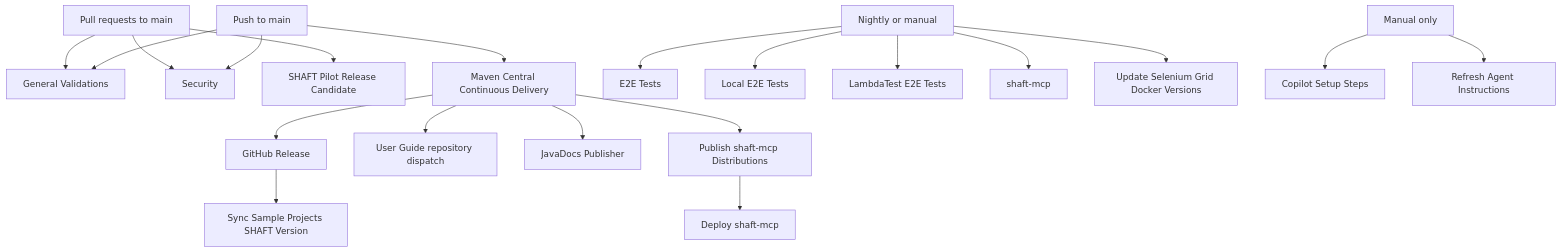
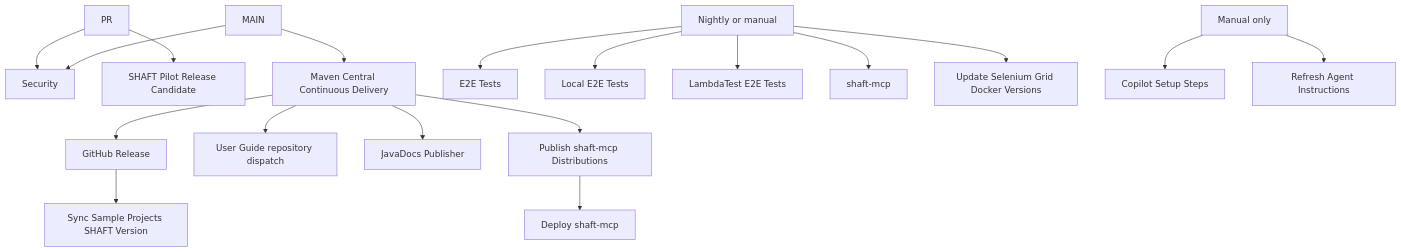
The diagram in .github/workflows/README.md (ShaftHQ/SHAFT_ENGINE), drawn with Mermaid before and after one commit. The commit also changed other lines of this file and 3 other files, not shown here.

First line of the commit message:
[codex] Delete General Validations workflow (#3077)

````diff
--- a/.github/workflows/README.md
+++ b/.github/workflows/README.md
@@ -8,26 +8,24 @@
 ```mermaid
 flowchart TD
-  PR["Pull requests to main"] --> GV["General Validations"]
   PR --> SEC["Security"]
   PR --> PILOT["SHAFT Pilot Release Candidate"]
 
-  MAIN["Push to main"] --> GV
   MAIN --> SEC
   MAIN --> CD["Maven Central Continuous Delivery"]
 
   CD --> REL["GitHub Release"]
   CD --> DOCS["User Guide repository dispatch"]
   CD --> JAVADOCS["JavaDocs Publisher"]
   CD --> MCP_PUBLISH["Publish shaft-mcp Distributions"]
   MCP_PUBLISH --> MCP_DEPLOY["Deploy shaft-mcp"]
   REL --> SAMPLES["Sync Sample Projects SHAFT Version"]
 
   NIGHTLY["Nightly or manual"] --> E2E["E2E Tests"]
   NIGHTLY --> LOCAL_E2E["Local E2E Tests"]
   NIGHTLY --> LT["LambdaTest E2E Tests"]
   NIGHTLY --> MCP_TEST["shaft-mcp"]
   NIGHTLY --> GRID["Update Selenium Grid Docker Versions"]
 
   MANUAL["Manual only"] --> COPILOT["Copilot Setup Steps"]
   MANUAL --> AGENTS["Refresh Agent Instructions"]
 ```
````
